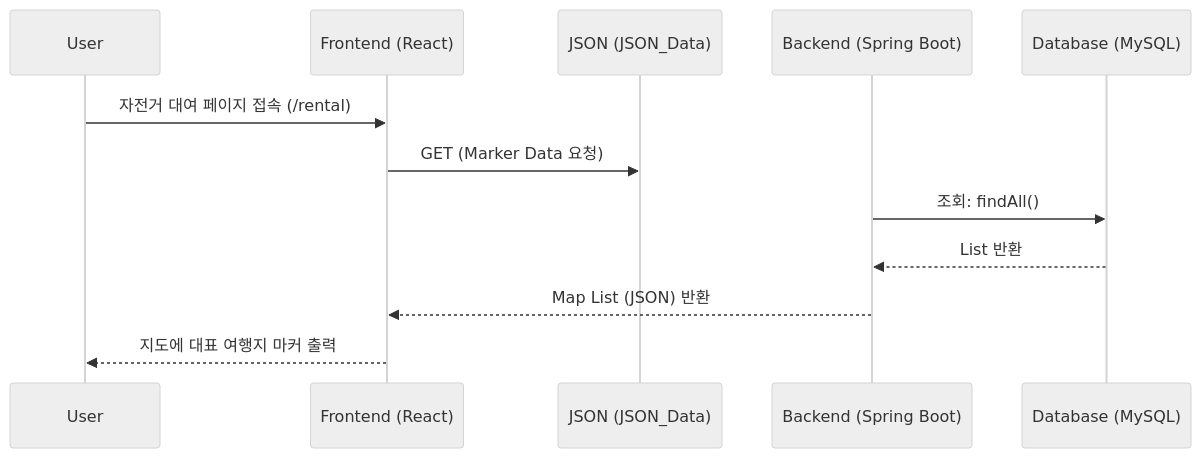
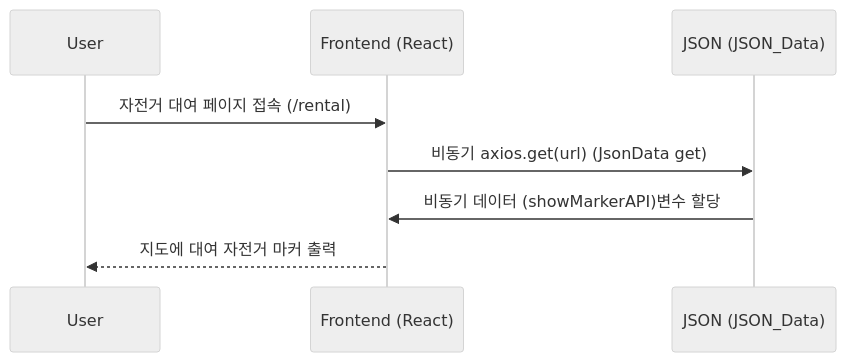
One commit to KwonYongBin/bicycle-app changed the diagram in Rental.md. Above: the diagram before and after it, drawn with Mermaid (neutral theme). The commit also changed 1 other file, not shown here.

Commit message:
rental.md upload

````diff
--- a/Rental.md
+++ b/Rental.md
@@ -3,15 +3,11 @@
 ```mermaid
 sequenceDiagram
     participant User
     participant Frontend as Frontend (React)
     participant JSON as JSON (JSON_Data)
-    participant Backend as Backend (Spring Boot)
-    participant DB as Database (MySQL)
 
-    User->>Frontend: 자전거 대여 페이지 접속 (/rental)
-    Frontend ->> JSON: GET (Marker Data 요청)
-    Backend->>DB: 조회: findAll()
-    DB-->>Backend: List 반환
-    Backend-->>Frontend: Map List (JSON) 반환    
-    Frontend-->>User: 지도에 대표 여행지 마커 출력
+    User ->> Frontend: 자전거 대여 페이지 접속 (/rental)
+    Frontend ->> JSON: 비동기 axios.get(url) (JsonData get)
+    JSON ->> Frontend: 비동기 데이터 (showMarkerAPI)변수 할당
+    Frontend -->> User: 지도에 대여 자전거 마커 출력
 ```
````
